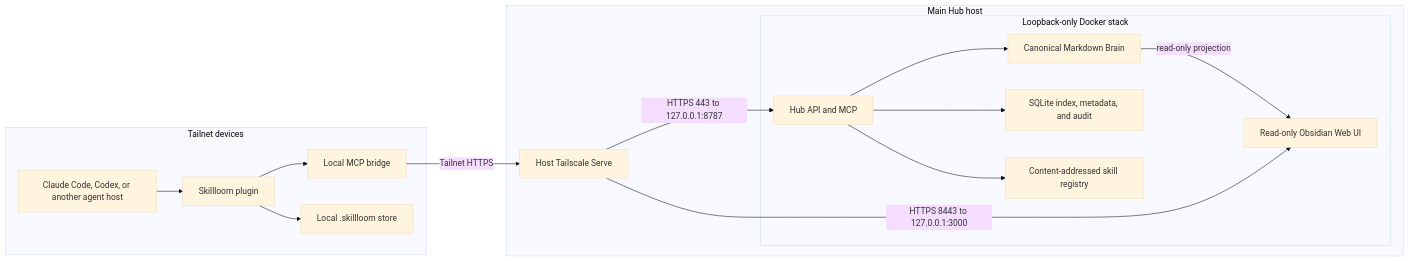
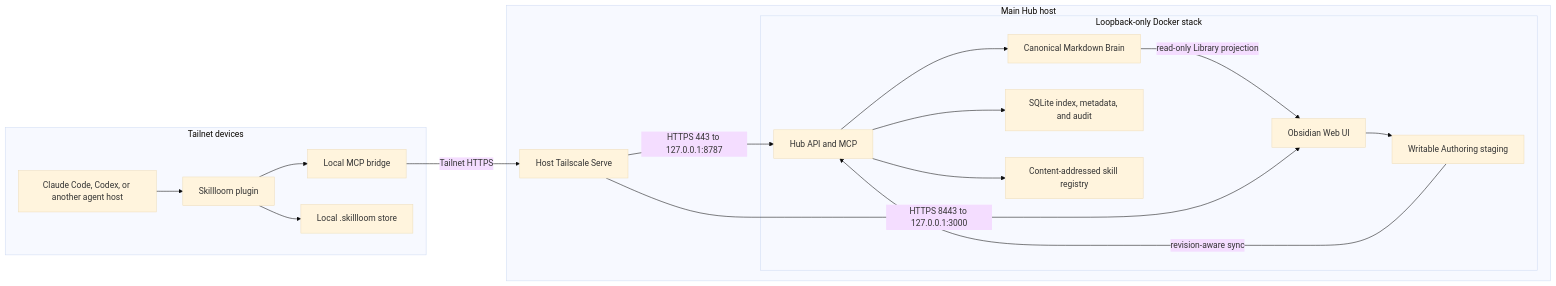
Before and after one commit to Chulinuwu/skillloom: the diagram in docs/architecture/hub.md, drawn with Mermaid (base theme). The commit also changed other lines of this file and 6 other files, not shown here.

Commit message:
docs: explain writable second brain authoring

````diff
--- a/docs/architecture/hub.md
+++ b/docs/architecture/hub.md
@@ -40,30 +40,33 @@
 ```mermaid
 flowchart LR
     subgraph CLIENTS["Tailnet devices"]
         HOST["Claude Code, Codex, or another agent host"]
         PLUGIN["Skillloom plugin"]
         BRIDGE["Local MCP bridge"]
         LOCAL["Local .skillloom store"]
         HOST --> PLUGIN --> BRIDGE
         PLUGIN --> LOCAL
     end
 
     subgraph HUBHOST["Main Hub host"]
         SERVE["Host Tailscale Serve"]
         subgraph DOCKER["Loopback-only Docker stack"]
             API["Hub API and MCP"]
             BRAIN["Canonical Markdown Brain"]
             INDEX["SQLite index, metadata, and audit"]
             REGISTRY["Content-addressed skill registry"]
-            OBSIDIAN["Read-only Obsidian Web UI"]
+            OBSIDIAN["Obsidian Web UI"]
+            AUTHORING["Writable Authoring staging"]
             API --> BRAIN
             API --> INDEX
             API --> REGISTRY
-            BRAIN -->|read-only projection| OBSIDIAN
+            BRAIN -->|read-only Library projection| OBSIDIAN
+            OBSIDIAN --> AUTHORING
+            AUTHORING -->|revision-aware sync| API
         end
         SERVE -->|HTTPS 443 to 127.0.0.1:8787| API
         SERVE -->|HTTPS 8443 to 127.0.0.1:3000| OBSIDIAN
     end
 
     BRIDGE -->|Tailnet HTTPS| SERVE
 ```
````
